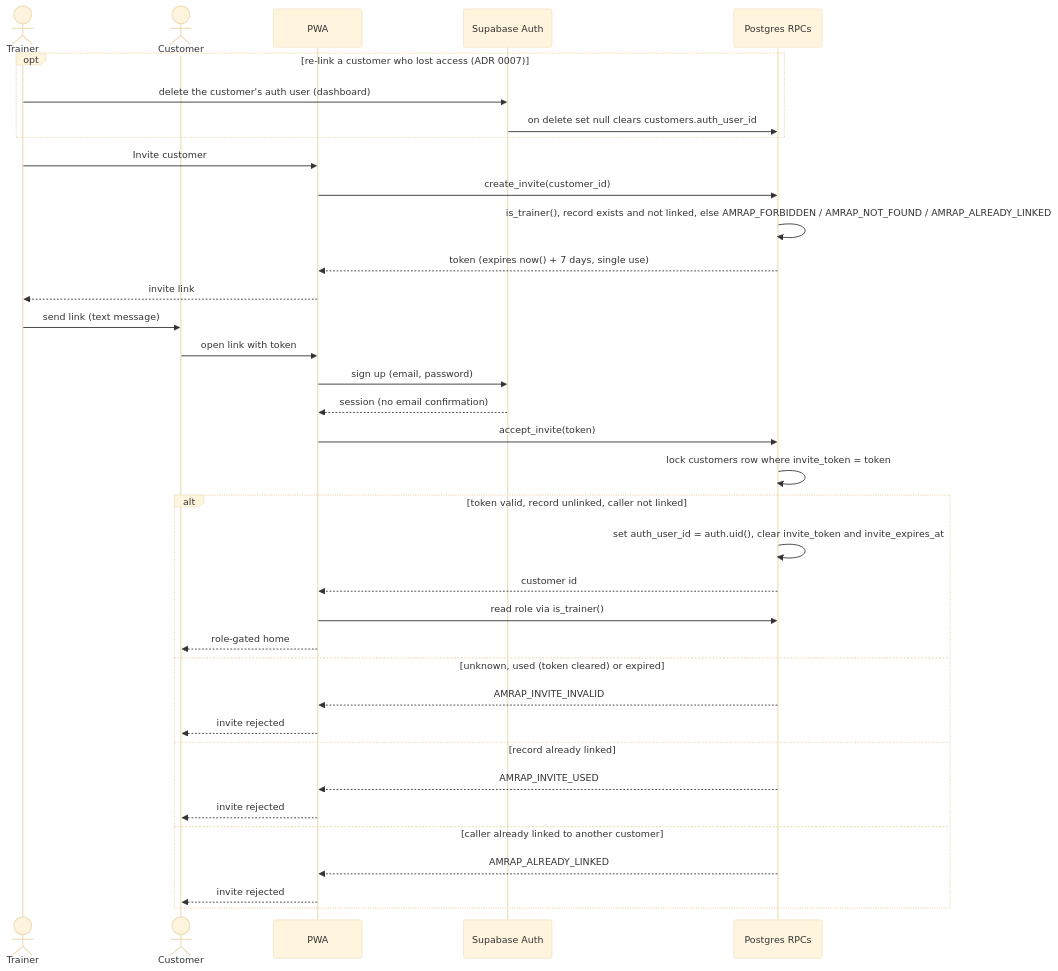
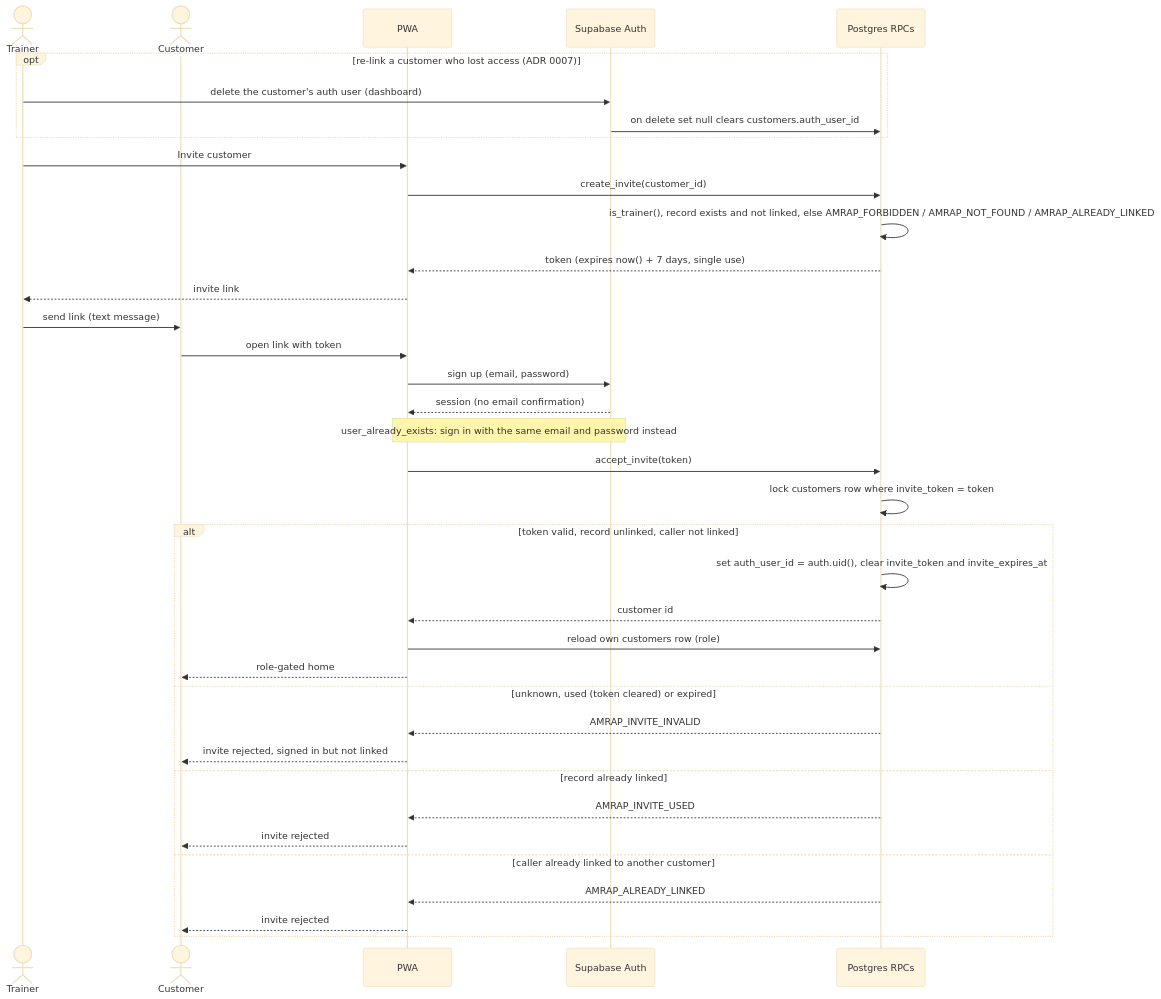
One commit to JasaGlazar/amrap changed the diagram in docs/architecture/auth-invite-flow.md. Above: the diagram before and after it, drawn with Mermaid (base theme). The commit also changed other lines of this file and 17 other files, not shown here.

First line of the commit message:
feat(app): auth and invite flow

````diff
--- a/docs/architecture/auth-invite-flow.md
+++ b/docs/architecture/auth-invite-flow.md
@@ -17,39 +26,40 @@
 ```mermaid
 sequenceDiagram
     actor T as Trainer
     actor C as Customer
     participant App as PWA
     participant Auth as Supabase Auth
     participant DB as Postgres RPCs
 
     opt re-link a customer who lost access (ADR 0007)
         T->>Auth: delete the customer's auth user (dashboard)
         Auth->>DB: on delete set null clears customers.auth_user_id
     end
     T->>App: Invite customer
     App->>DB: create_invite(customer_id)
     DB->>DB: is_trainer(), record exists and not linked, else AMRAP_FORBIDDEN / AMRAP_NOT_FOUND / AMRAP_ALREADY_LINKED
     DB-->>App: token (expires now() + 7 days, single use)
     App-->>T: invite link
     T->>C: send link (text message)
     C->>App: open link with token
     App->>Auth: sign up (email, password)
     Auth-->>App: session (no email confirmation)
+    Note over App,Auth: user_already_exists: sign in with the same email and password instead
     App->>DB: accept_invite(token)
     DB->>DB: lock customers row where invite_token = token
     alt token valid, record unlinked, caller not linked
         DB->>DB: set auth_user_id = auth.uid(), clear invite_token and invite_expires_at
         DB-->>App: customer id
-        App->>DB: read role via is_trainer()
+        App->>DB: reload own customers row (role)
         App-->>C: role-gated home
     else unknown, used (token cleared) or expired
         DB-->>App: AMRAP_INVITE_INVALID
-        App-->>C: invite rejected
+        App-->>C: invite rejected, signed in but not linked
     else record already linked
         DB-->>App: AMRAP_INVITE_USED
         App-->>C: invite rejected
     else caller already linked to another customer
         DB-->>App: AMRAP_ALREADY_LINKED
         App-->>C: invite rejected
     end
 ```
````
